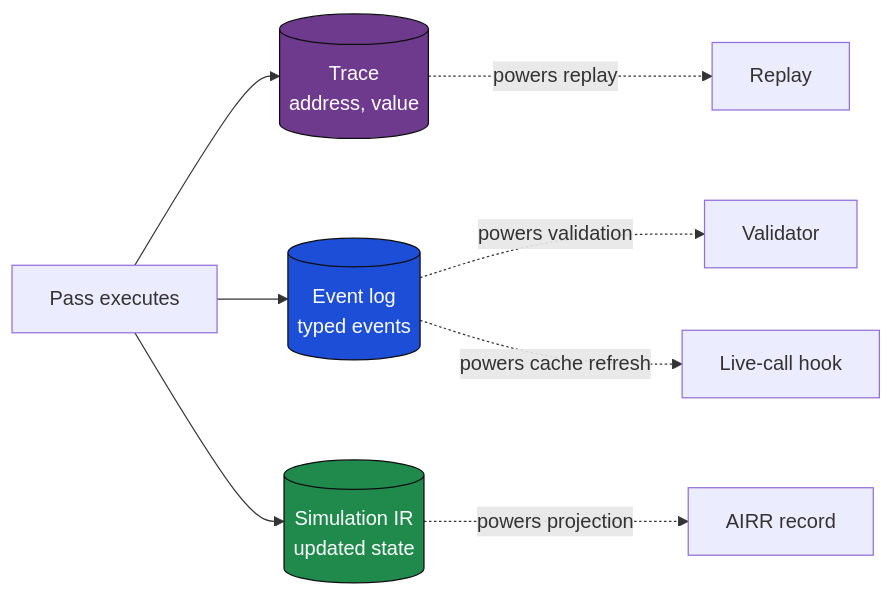
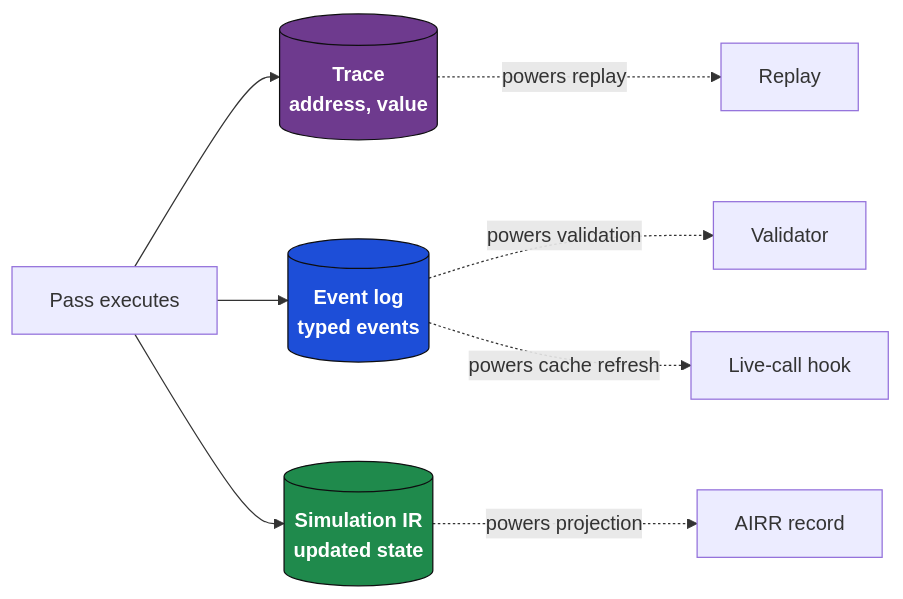
The sixth of 9 diagrams in site_docs/architecture/index.md (MuteJester/GenAIRR), drawn with Mermaid before and after one commit. The commit also changed other lines of this file and 1 other file, not shown here.

First line of the commit message:
mermaid: fix unreadable dark text on dark fills

````diff
--- a/site_docs/architecture/index.md
+++ b/site_docs/architecture/index.md
@@ -282,15 +295,20 @@
 ```mermaid
 flowchart LR
   Pass[Pass executes] --> T[(Trace<br/>address, value)]
   Pass --> E[(Event log<br/>typed events)]
   Pass --> S[(Simulation IR<br/>updated state)]
 
   T -.->|powers replay| TR[Replay]
   E -.->|powers validation| V[Validator]
   E -.->|powers cache refresh| LC[Live-call hook]
   S -.->|powers projection| AR[AIRR record]
 
-  style T fill:#6e3a8e,stroke:#0e0e10,color:#fff
-  style E fill:#1d4ed8,stroke:#0e0e10,color:#fff
-  style S fill:#1f8a4c,stroke:#0e0e10,color:#fff
+  classDef accent fill:#1f8a4c,stroke:#0e0e10,color:#ffffff,font-weight:600;
+  classDef info fill:#1d4ed8,stroke:#0e0e10,color:#ffffff,font-weight:600;
+  classDef trace fill:#6e3a8e,stroke:#0e0e10,color:#ffffff,font-weight:600;
+  classDef warn fill:#dc2626,stroke:#0e0e10,color:#ffffff,font-weight:600;
+  classDef neutral fill:#fafaf7,stroke:#0e0e10,color:#0e0e10;
+  class T trace;
+  class E info;
+  class S accent;
 ```
````
